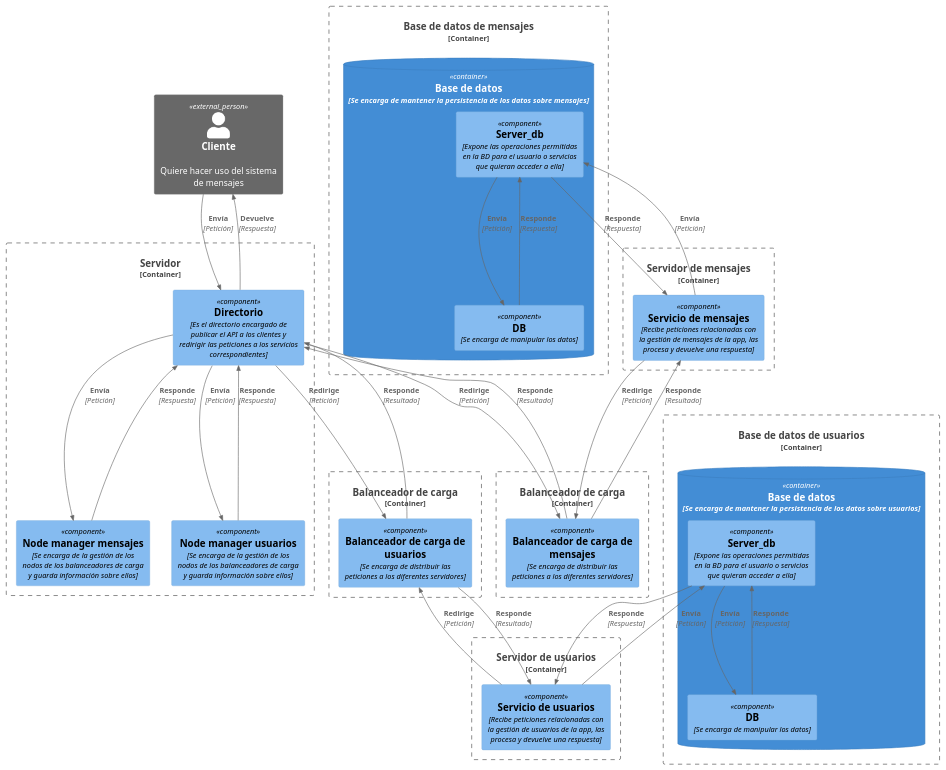
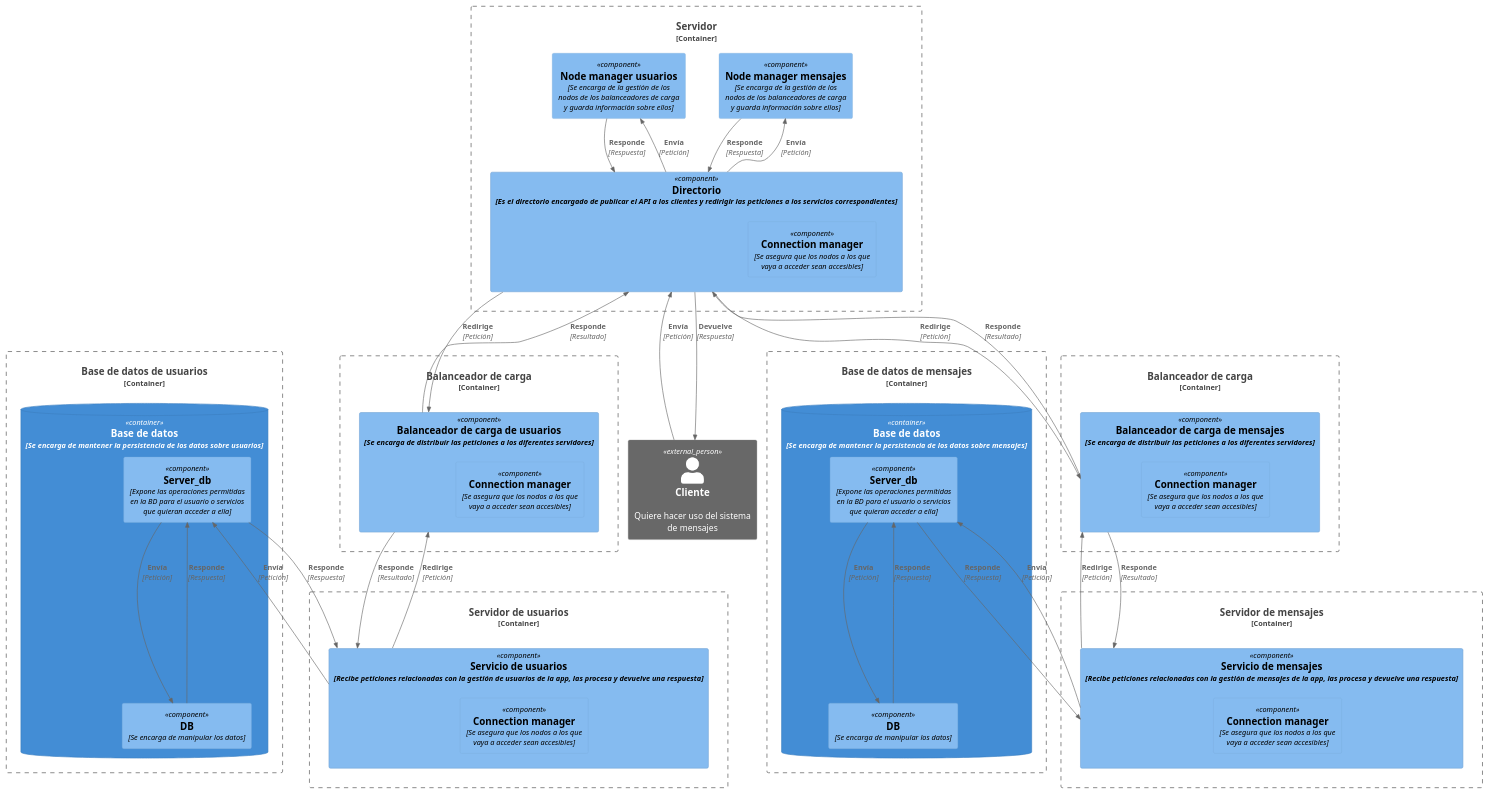
The diagram in presentación/Documentacion/componente.pu (UDC-FIC-AS/practica-final-davidgsalvado), drawn with PlantUML before and after one commit. The commit also changed 2 other files, not shown here.

Commit message:
Todos los cambios realizados

```diff
--- a/presentación/Documentacion/componente.pu
+++ b/presentación/Documentacion/componente.pu
@@ -1,100 +1,110 @@
 @startuml
 !include https://raw.githubusercontent.com/plantuml-stdlib/C4-PlantUML/master/C4_Component.puml
 
 Person_Ext(personAlias, "Cliente", "Quiere hacer uso del sistema de mensajes")
 
 Container_Boundary(servidor, "Servidor") {
-    Component(directorio, "Directorio", "Es el directorio encargado de publicar el API a los clientes y redirigir las peticiones a los servicios correspondientes")
     Component(nodo1, "Node manager mensajes", "Se encarga de la gestión de los nodos de los balanceadores de carga y guarda información sobre ellos")
     Component(nodo2, "Node manager usuarios", "Se encarga de la gestión de los nodos de los balanceadores de carga y guarda información sobre ellos")
-   
+    Component(directorio, "Directorio", "Es el directorio encargado de publicar el API a los clientes y redirigir las peticiones a los servicios correspondientes"){
+            Component(connection_manager1, "Connection manager", "Se asegura que los nodos a los que vaya a acceder sean accesibles")
+    }
        
 }
 
 Container_Boundary(bd1, "Base de datos de usuarios") {
  ContainerDb(user_db, "Base de datos", "Se encarga de mantener la persistencia de los datos sobre usuarios"){
        Component(api2, "Server_db", "Expone las operaciones permitidas en la BD para el usuario o servicios que quieran acceder a ella")
        Component(persistencia2, "DB", "Se encarga de manipular los datos")
 
 }
 }
 
 Container_Boundary(bd2, "Base de datos de mensajes") {
  ContainerDb(message_db, "Base de datos", "Se encarga de mantener la persistencia de los datos sobre mensajes"){
        Component(api1, "Server_db", "Expone las operaciones permitidas en la BD para el usuario o servicios que quieran acceder a ella")
        Component(persistencia1, "DB", "Se encarga de manipular los datos")
 }
 }
 
 Container_Boundary(servidor1, "Servidor de mensajes") {
-    Component(mensajes, "Servicio de mensajes", "Recibe peticiones relacionadas con la gestión de mensajes de la app, las procesa y devuelve una respuesta")
+    Component(mensajes, "Servicio de mensajes", "Recibe peticiones relacionadas con la gestión de mensajes de la app, las procesa y devuelve una respuesta"){
+        Component(connection_manager2, "Connection manager", "Se asegura que los nodos a los que vaya a acceder sean accesibles")
+    }
 
 }
 
 Container_Boundary(servidor2, "Servidor de usuarios") {
-    Component(usuarios, "Servicio de usuarios", "Recibe peticiones relacionadas con la gestión de usuarios de la app, las procesa y devuelve una respuesta")
+    Component(usuarios, "Servicio de usuarios", "Recibe peticiones relacionadas con la gestión de usuarios de la app, las procesa y devuelve una respuesta"){
+        Component(connection_manager3, "Connection manager", "Se asegura que los nodos a los que vaya a acceder sean accesibles")
+
+    }
 
 }
 
 
 Container_Boundary(balanceador1, "Balanceador de carga") {
- Component(bal1, "Balanceador de carga de usuarios", "Se encarga de distribuír las peticiones a los diferentes servidores")
+ Component(bal1, "Balanceador de carga de usuarios", "Se encarga de distribuír las peticiones a los diferentes servidores"){
+     Component(connection_manager4, "Connection manager", "Se asegura que los nodos a los que vaya a acceder sean accesibles")
+ }
 
 
 }
 
 
 Container_Boundary(balanceador2, "Balanceador de carga") {
- Component(bal2, "Balanceador de carga de mensajes", "Se encarga de distribuír las peticiones a los diferentes servidores")
+ Component(bal2, "Balanceador de carga de mensajes", "Se encarga de distribuír las peticiones a los diferentes servidores"){
+    Component(connection_manager5, "Connection manager", "Se asegura que los nodos a los que vaya a acceder sean accesibles")    
+ }
 } 
 
 
 
 
 
 
 
 
 
 
 
 Rel(personAlias, directorio, "Envía", "Petición")
 Rel(directorio, personAlias, "Devuelve", "Respuesta")
 
 Rel(bal2, directorio, "Responde", "Resultado")
 Rel(directorio, bal2, "Redirige", "Petición")
 
 
 
 Rel(bal1, directorio, "Responde", "Resultado")
 Rel(directorio, bal1, "Redirige", "Petición")
 
 Rel(directorio, nodo1, "Envía", "Petición")
 Rel(nodo1, directorio, "Responde", "Respuesta")
 
 Rel(directorio, nodo2, "Envía", "Petición")
 Rel(nodo2, directorio, "Responde", "Respuesta")
 
 
 
 
 
 
 Rel(bal1, usuarios, "Responde", "Resultado")
 Rel(usuarios, bal1, "Redirige", "Petición")
 
 Rel(bal2, mensajes, "Responde", "Resultado")
 Rel(mensajes, bal2, "Redirige", "Petición")
 
 Rel(mensajes, api1, "Envía", "Petición")
 Rel(api1, mensajes, "Responde", "Respuesta")
 
 Rel(usuarios, api2, "Envía", "Petición")
 Rel(api2, usuarios, "Responde", "Respuesta")
 
 Rel(api1, persistencia1, "Envía", "Petición")
 Rel(persistencia1, api1, "Responde", "Respuesta")
 
 Rel(api2, persistencia2, "Envía", "Petición")
 Rel(persistencia2, api2, "Responde", "Respuesta")
 @enduml
```
